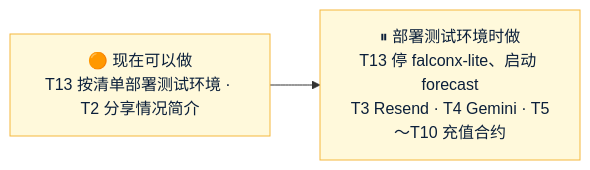
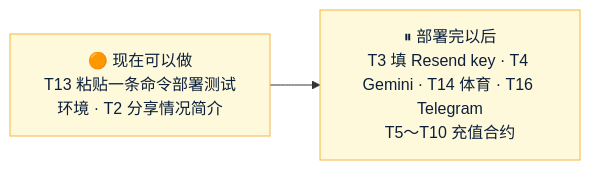
One commit to dollar3651314/forecast changed the diagram in Amos待办.md. Above: the diagram before and after it, drawn with Mermaid. The commit also changed other lines of this file, not shown here.

````diff
--- a/Amos待办.md
+++ b/Amos待办.md
@@ -10,6 +10,6 @@
 ```mermaid
 flowchart LR
-    T["🟠 现在可以做<br/>T13 按清单部署测试环境 · T2 分享情况简介"] --> D["⏸ 部署测试环境时做<br/>T13 停 falconx-lite、启动 forecast<br/>T3 Resend · T4 Gemini · T5～T10 充值合约"]
+    T["🟠 现在可以做<br/>T13 粘贴一条命令部署测试环境 · T2 分享情况简介"] --> D["⏸ 部署完以后<br/>T3 填 Resend key · T4 Gemini · T14 体育 · T16 Telegram<br/>T5～T10 充值合约"]
     classDef amos fill:#FFF9DB,stroke:#F5B83D,color:#0B1F3A
     class T,D amos
 ```
````
